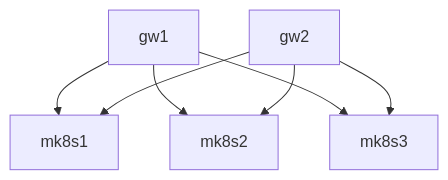
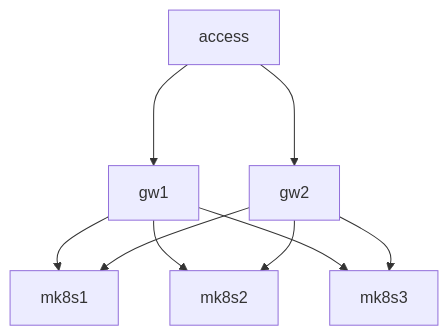
The diagram in README.md (PrimeEuler/microcloud), drawn with Mermaid before and after one commit.

````diff
--- a/README.md
+++ b/README.md
@@ -4,9 +4,11 @@
 ```mermaid
 graph TD;
+    access--->gw1;
+    access--->gw2;
     gw1-->mk8s1;
     gw1-->mk8s2;
     gw1-->mk8s3;
     gw2-->mk8s1;
     gw2-->mk8s2;
     gw2-->mk8s3;
 ```
````
